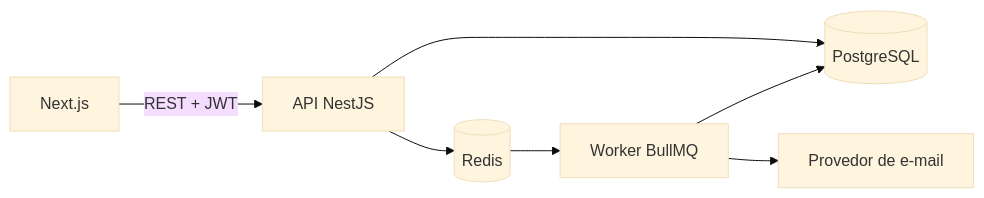
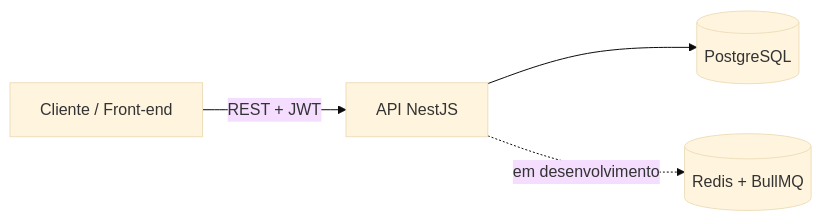
The first of 2 diagrams in README.md (JoaoVitorXdz/barberflow), drawn with Mermaid (base theme) before and after one commit. The commit also changed other lines of this file and 10 other files, not shown here.

````diff
--- a/README.md
+++ b/README.md
@@ -46,9 +61,6 @@
 ```mermaid
 flowchart LR
-    Web[Next.js] -->|REST + JWT| API[API NestJS]
+    Client[Cliente / Front-end] -->|REST + JWT| API[API NestJS]
     API --> PG[(PostgreSQL)]
-    API --> Redis[(Redis)]
-    Redis --> Worker[Worker BullMQ]
-    Worker --> Mail[Provedor de e-mail]
-    Worker --> PG
+    API -.->|em desenvolvimento| Redis[(Redis + BullMQ)]
 ```
````
